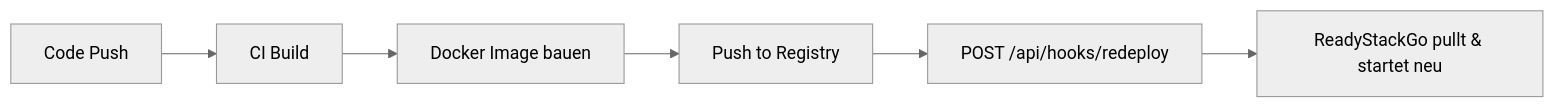
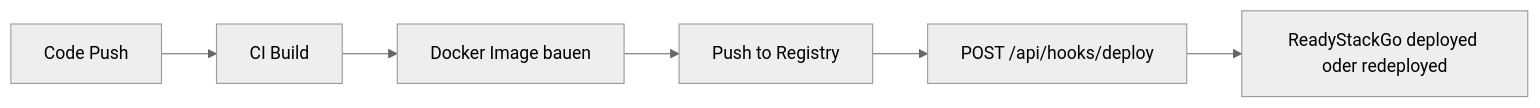
Before and after one commit to Wiesenwischer/ReadyStackGo: the first of 2 diagrams in docs/CI-CD/Pipeline-Integration.md, drawn with Mermaid (neutral theme). The commit also changed other lines of this file and 6 other files, not shown here.

````diff
--- a/docs/CI-CD/Pipeline-Integration.md
+++ b/docs/CI-CD/Pipeline-Integration.md
@@ -150,8 +219,8 @@
 ```mermaid
 flowchart LR
     A[Code Push] --> B[CI Build]
     B --> C[Docker Image bauen]
     C --> D[Push to Registry]
-    D --> E["POST /api/hooks/redeploy"]
-    E --> F[ReadyStackGo pullt & startet neu]
+    D --> E["POST /api/hooks/deploy"]
+    E --> F[ReadyStackGo deployed oder redeployed]
 ```
````
